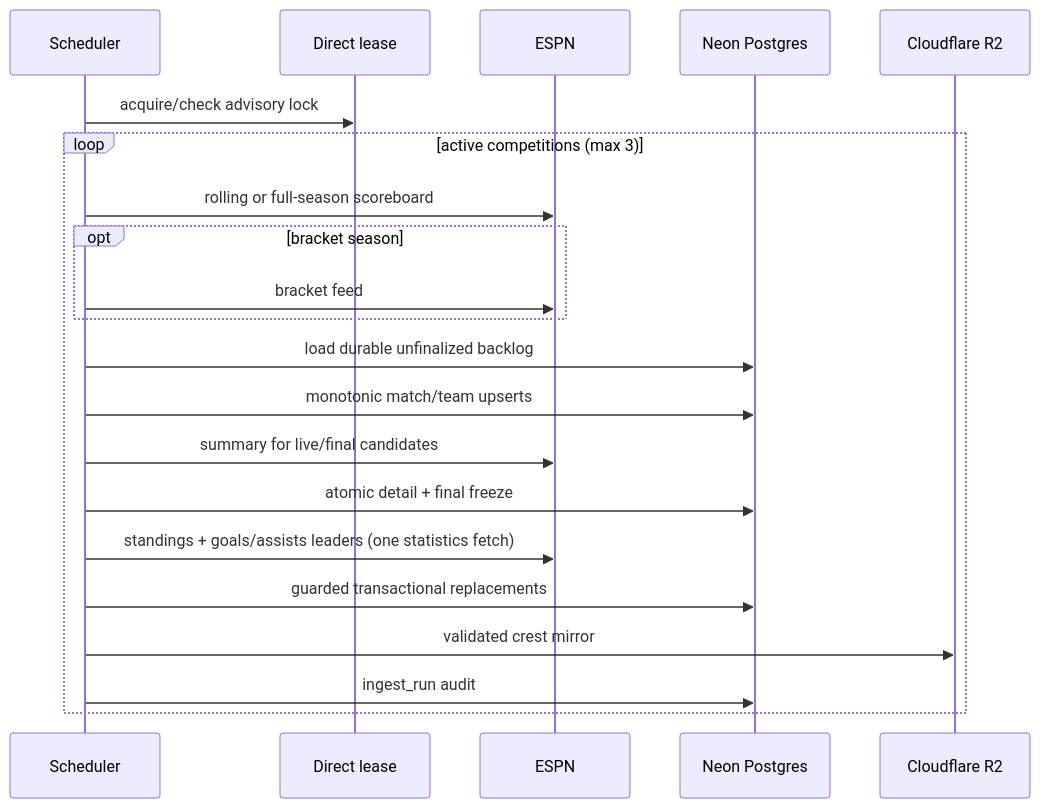
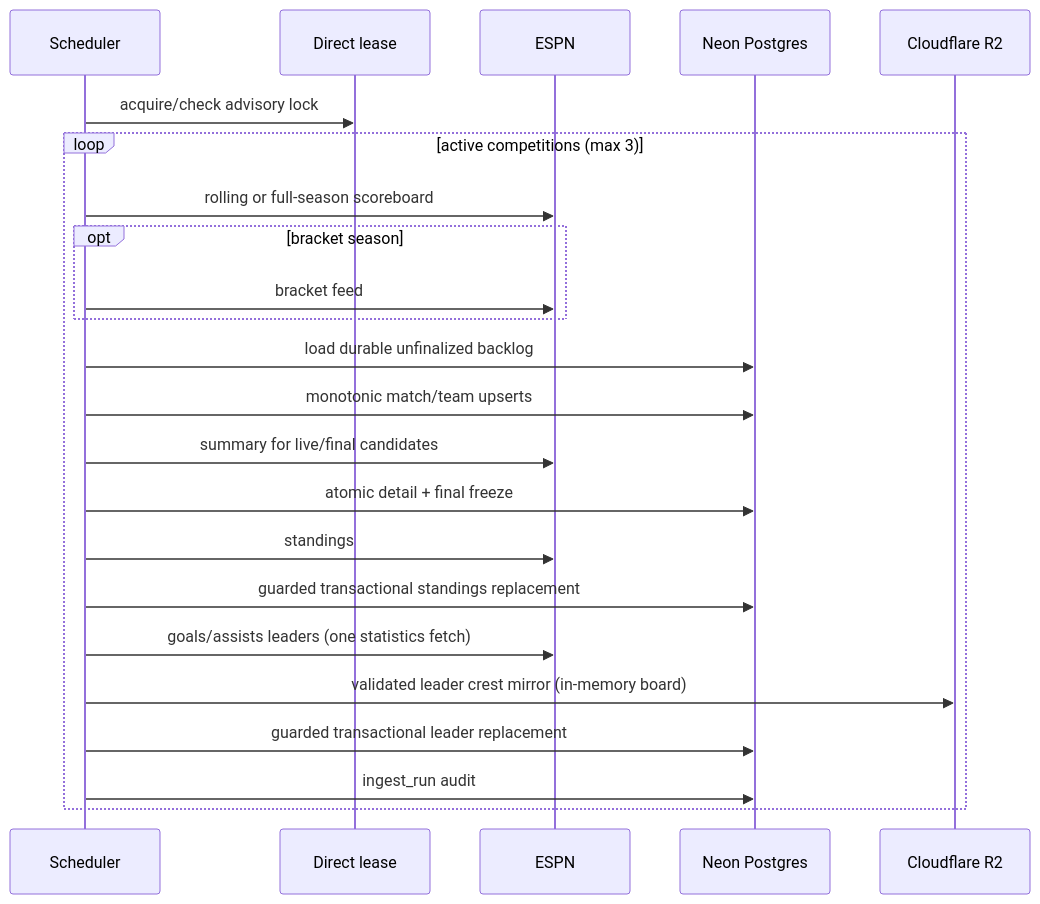
The second of 3 diagrams in docs/backend/ARCHITECTURE.md (mcasillas17/ScoreArc), drawn with Mermaid before and after one commit. The commit also changed other lines of this file, not shown here.

Commit message:
docs: document single-write leader refresh

````diff
--- a/docs/backend/ARCHITECTURE.md
+++ b/docs/backend/ARCHITECTURE.md
@@ -219,24 +229,26 @@
 ```mermaid
 sequenceDiagram
   participant S as Scheduler
   participant L as Direct lease
   participant E as ESPN
   participant P as Neon Postgres
   participant R as Cloudflare R2
 
   S->>L: acquire/check advisory lock
   loop active competitions (max 3)
     S->>E: rolling or full-season scoreboard
     opt bracket season
       S->>E: bracket feed
     end
     S->>P: load durable unfinalized backlog
     S->>P: monotonic match/team upserts
     S->>E: summary for live/final candidates
     S->>P: atomic detail + final freeze
-    S->>E: standings + goals/assists leaders (one statistics fetch)
-    S->>P: guarded transactional replacements
-    S->>R: validated crest mirror
+    S->>E: standings
+    S->>P: guarded transactional standings replacement
+    S->>E: goals/assists leaders (one statistics fetch)
+    S->>R: validated leader crest mirror (in-memory board)
+    S->>P: guarded transactional leader replacement
     S->>P: ingest_run audit
   end
 ```
````
